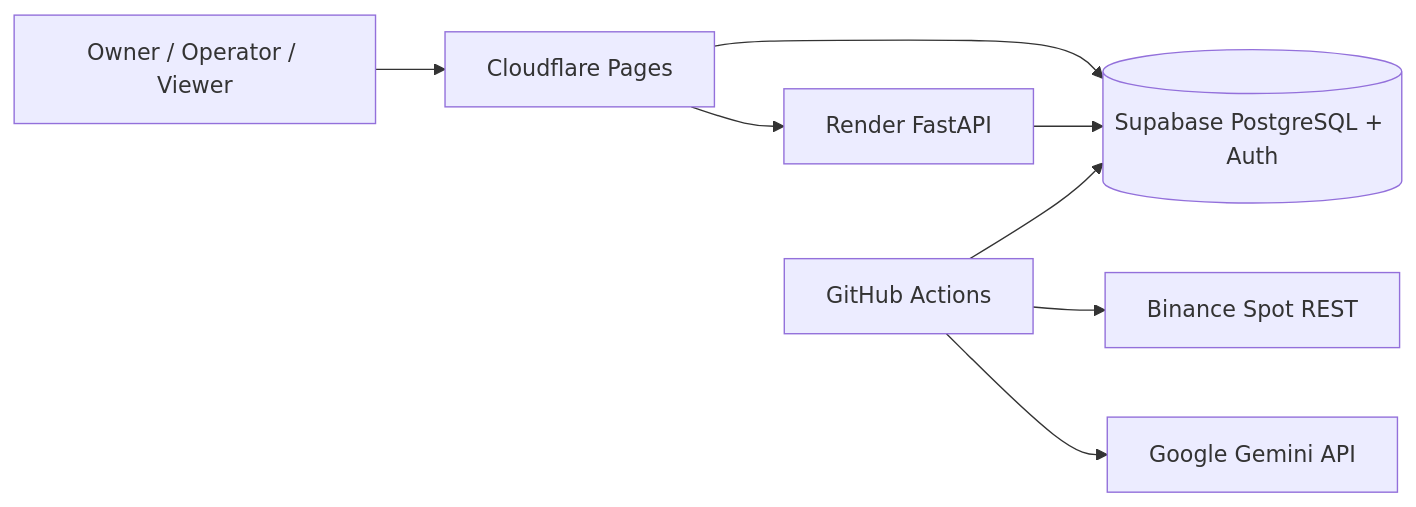
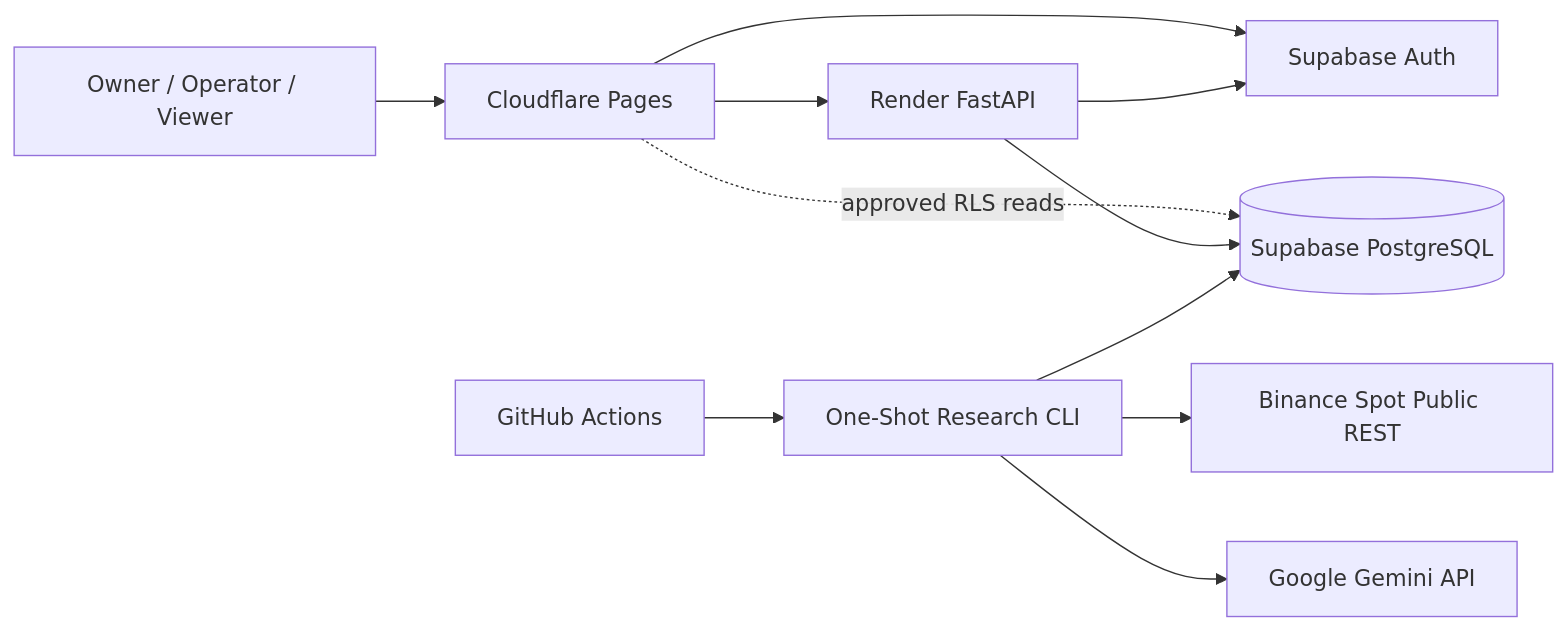
The first of 2 diagrams in docs/ARCHITECTURE.md (pikkst/Ai-trade-bot), drawn with Mermaid before and after one commit. The commit also changed other lines of this file, not shown here.

Commit message:
docs: synchronize runtime architecture with master tasks

````diff
--- a/docs/ARCHITECTURE.md
+++ b/docs/ARCHITECTURE.md
@@ -23,18 +51,23 @@
 ```mermaid
 flowchart LR
     USER[Owner / Operator / Viewer]
     CF[Cloudflare Pages]
     API[Render FastAPI]
     GH[GitHub Actions]
-    DB[(Supabase PostgreSQL + Auth)]
-    BIN[Binance Spot REST]
+    CLI[One-Shot Research CLI]
+    DB[(Supabase PostgreSQL)]
+    AUTH[Supabase Auth]
+    BIN[Binance Spot Public REST]
     GEM[Google Gemini API]
 
     USER --> CF
+    CF --> AUTH
     CF --> API
-    CF --> DB
+    CF -. approved RLS reads .-> DB
     API --> DB
-    GH --> BIN
-    GH --> GEM
-    GH --> DB
+    API --> AUTH
+    GH --> CLI
+    CLI --> BIN
+    CLI --> GEM
+    CLI --> DB
 ```
````
